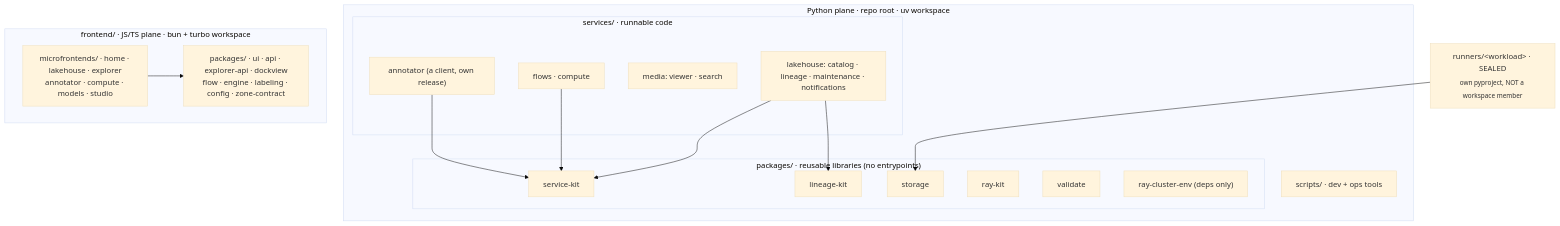
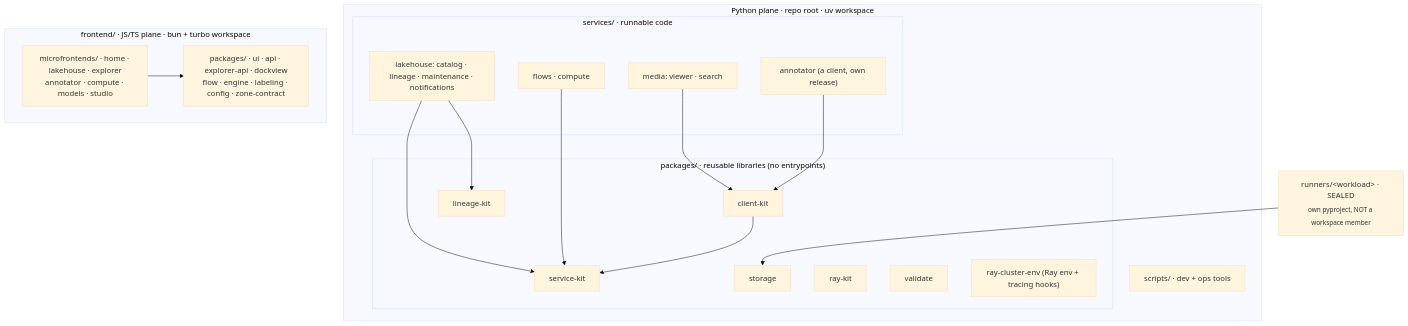
The diagram in docs/architecture/layout.md (AI-Riksarkivet/rask), drawn with Mermaid (base theme) before and after one commit. The commit also changed other lines of this file and 210 other files, not shown here.

````diff
--- a/docs/architecture/layout.md
+++ b/docs/architecture/layout.md
@@ -10,30 +10,33 @@
 ```mermaid
 flowchart TD
     subgraph py["Python plane · repo root · uv workspace"]
         subgraph services["services/ · runnable code"]
             lake["lakehouse: catalog · lineage · maintenance · notifications"]
             fleet["flows · compute"]
             media["media: viewer · search"]
             annot["annotator (a client, own release)"]
         end
         subgraph packages["packages/ · reusable libraries (no entrypoints)"]
             psk["service-kit"]
+            pck["client-kit"]
             plk["lineage-kit"]
             pst["storage"]
             prk["ray-kit"]
             ptv["validate"]
-            prc["ray-cluster-env (deps only)"]
+            prc["ray-cluster-env (Ray env + tracing hooks)"]
         end
         cx["scripts/ · dev + ops tools"]
     end
     subgraph js["frontend/ · JS/TS plane · bun + turbo workspace"]
         mf["microfrontends/ · home · lakehouse · explorer<br/>annotator · compute · models · studio"]
         fpk["packages/ · ui · api · explorer-api · dockview<br/>flow · engine · labeling · config · zone-contract"]
     end
     rn["runners/&lt;workload&gt; · SEALED<br/><sub>own pyproject, NOT a workspace member</sub>"] --> pst
     lake --> psk
     lake --> plk
     fleet --> psk
-    annot --> psk
+    media --> pck
+    annot --> pck
+    pck --> psk
     mf --> fpk
 ```
````
